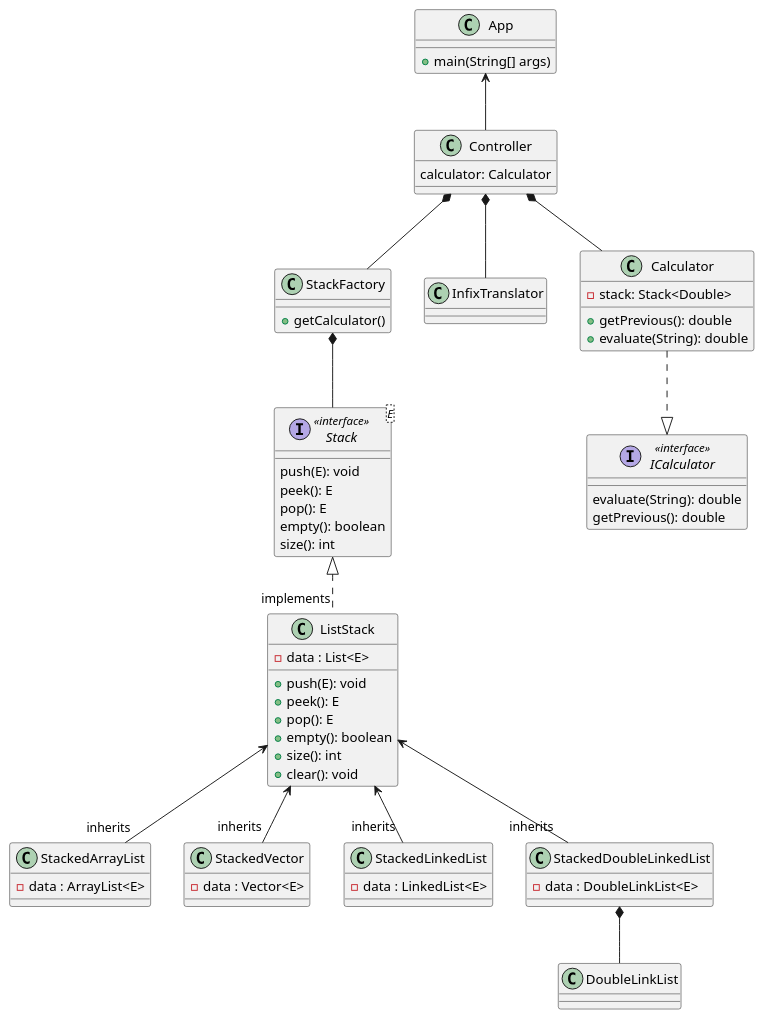
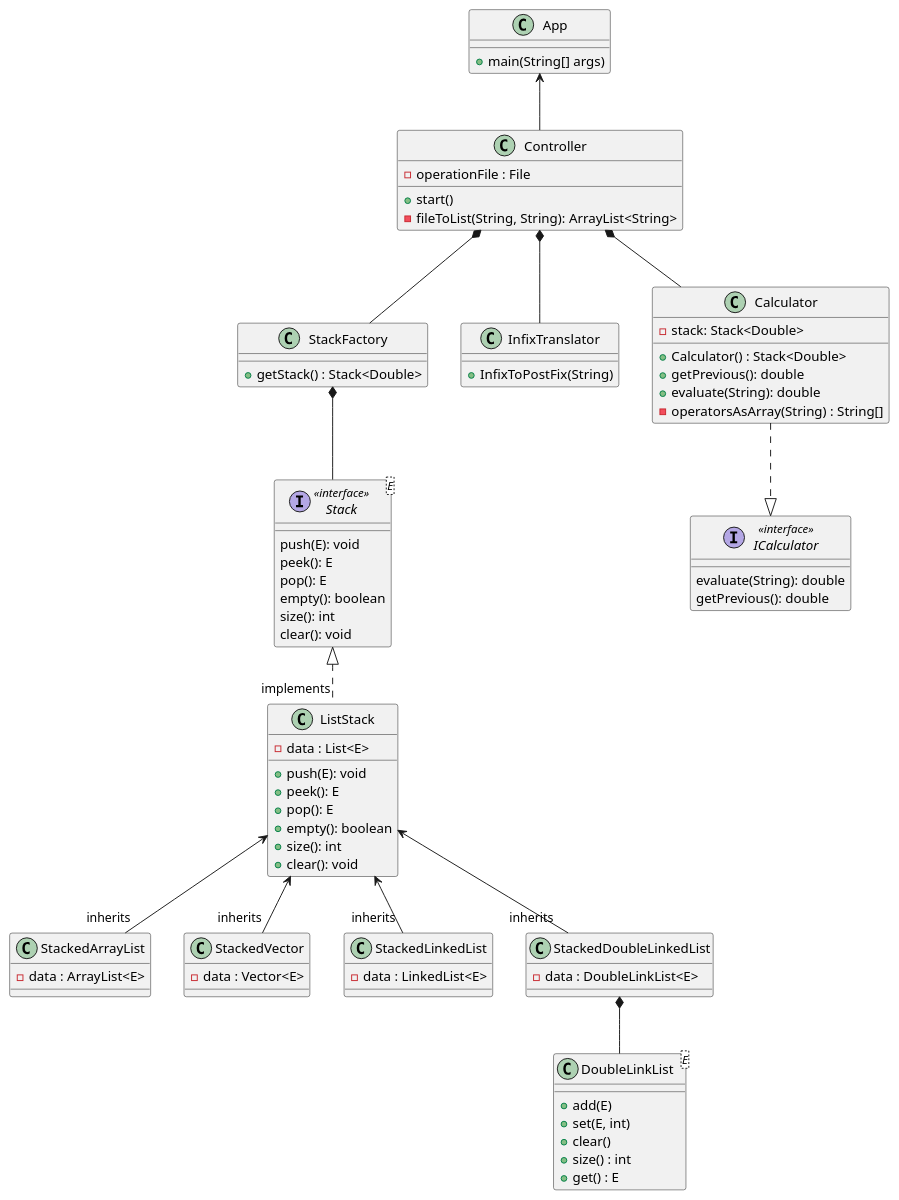
One commit to DanielRasho/HT4-InfixCalculator changed the diagram in classesUML.puml. Above: the diagram before and after it, drawn with PlantUML. The commit also changed 2 other files, not shown here.

Commit message:
Fix: Modifying README and UML

```diff
--- a/classesUML.puml
+++ b/classesUML.puml
@@ -1,93 +1,109 @@
 @startuml
 
 class App
 class Controller
 class StackFactory
 class InfixTranslator
 
 class Calculator
 interface ICalculator
 
 
 class StackedArrayList
 class StackedVector
 class StackedLinkedList
 class StackedDoubleLinkedList
 class StackedVector
 interface Stack<E> <<interface>>
 abstract class ListStack
 
 class DoubleLinkList
 
 
 App <-- Controller
 Controller *-- StackFactory
 Controller *-- Calculator
 Controller *-- InfixTranslator
 
 Calculator ..|> ICalculator
 
 Stack <|.. "implements" ListStack
 StackFactory *-- Stack
 ListStack <-- "inherits" StackedArrayList
 ListStack <-- "inherits" StackedVector
 ListStack <-- "inherits" StackedLinkedList
 ListStack <-- "inherits" StackedDoubleLinkedList
 
 StackedDoubleLinkedList *-- DoubleLinkList
 
 class App {
     + main(String[] args)
 }
 
 class StackFactory {
-    + getCalculator()
+    + getStack() : Stack<Double>
+}
+
+class InfixTranslator{
+    + InfixToPostFix(String)
 }
 
 class Controller {
-    calculator: Calculator
+    - operationFile : File
+    + start()
+    - fileToList(String, String): ArrayList<String>
 }
 
 class Calculator{
     - stack: Stack<Double>
+    + Calculator() : Stack<Double>
     + getPrevious(): double
     + evaluate(String): double
+    - operatorsAsArray(String) : String[]
 }
 
 interface ICalculator <<interface>>{
     evaluate(String): double
     getPrevious(): double
 }
 
 interface Stack {
     push(E): void
     peek(): E
     pop(): E
     empty(): boolean
     size(): int
+    clear(): void
 }
 
 class ListStack{
     - data : List<E>
     + push(E): void
     + peek(): E
     + pop(): E
     + empty(): boolean
     + size(): int
     + clear(): void
 }
 
 class StackedArrayList{
     - data : ArrayList<E>
 }
 class StackedVector{
     - data : Vector<E>
 }
 class StackedLinkedList{
     - data : LinkedList<E>
 }
 class StackedDoubleLinkedList{
     - data : DoubleLinkList<E>
 }
+class DoubleLinkList <E>{
+    + add(E)
+    + set(E, int)
+    + clear()
+    + size() : int
+    + get() : E
+}
 
 @enduml
```
